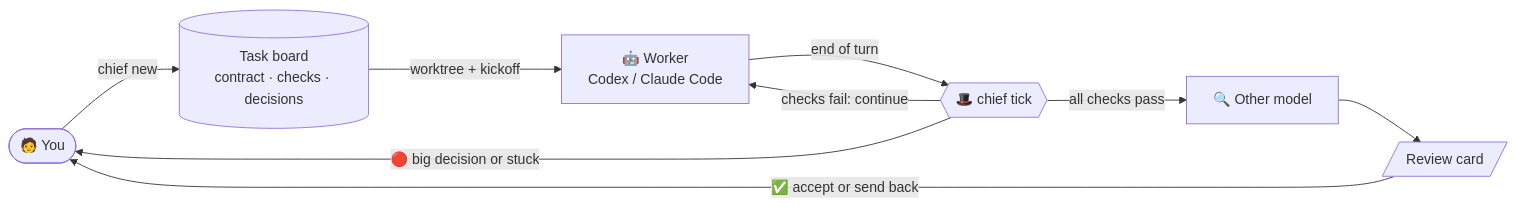
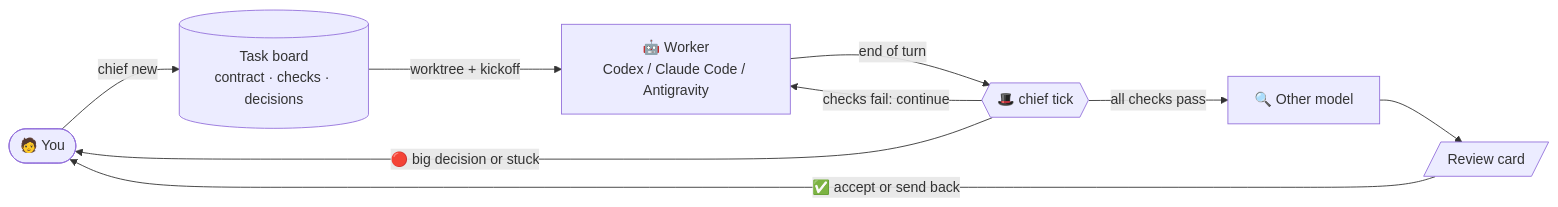
One commit to ChiStack-AI/AoE-Chief changed the diagram in README.md. Above: the diagram before and after it, drawn with Mermaid. The commit also changed other lines of this file and 1 other file, not shown here.

Commit message:
feat: support Antigravity CLI workers

````diff
--- a/README.md
+++ b/README.md
@@ -101,11 +101,11 @@
 ```mermaid
 flowchart LR
     you(["🧑 You"]) -- "chief new" --> board[("Task board<br/>contract · checks · decisions")]
-    board -- "worktree + kickoff" --> worker["🤖 Worker<br/>Codex / Claude Code"]
+    board -- "worktree + kickoff" --> worker["🤖 Worker<br/>Codex / Claude Code / Antigravity"]
     worker -- "end of turn" --> chief{{"🎩 chief tick"}}
     chief -- "checks fail: continue" --> worker
     chief -- "all checks pass" --> reviewer["🔍 Other model"]
     reviewer --> card[/"Review card"/]
     chief -- "🔴 big decision or stuck" --> you
     card -- "✅ accept or send back" --> you
 ```
````
